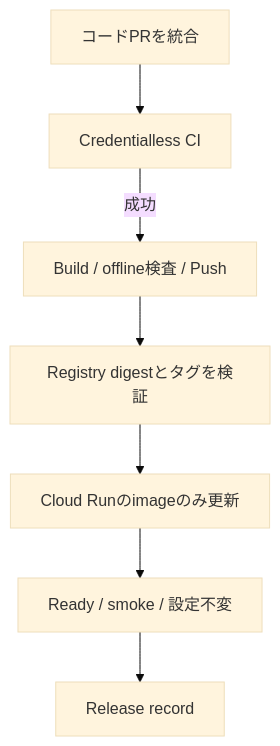
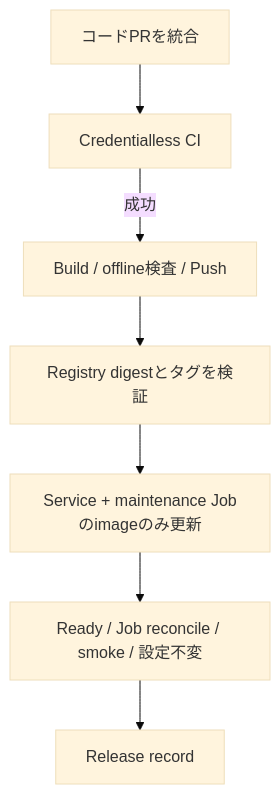
One commit to kani3camp/youtube-study-space changed the diagram in docs/mypage/release/backend-ci.md. Above: the diagram before and after it, drawn with Mermaid (base theme). The commit also changed other lines of this file and 15 other files, not shown here.

````diff
--- a/docs/mypage/release/backend-ci.md
+++ b/docs/mypage/release/backend-ci.md
@@ -31,9 +31,9 @@
 ```mermaid
 flowchart TD
     A[コードPRを統合] --> B[Credentialless CI]
     B -->|成功| C[Build / offline検査 / Push]
     C --> D[Registry digestとタグを検証]
-    D --> E[Cloud Runのimageのみ更新]
-    E --> F[Ready / smoke / 設定不変]
+    D --> E[Service + maintenance Jobのimageのみ更新]
+    E --> F[Ready / Job reconcile / smoke / 設定不変]
     F --> G[Release record]
 ```
````
